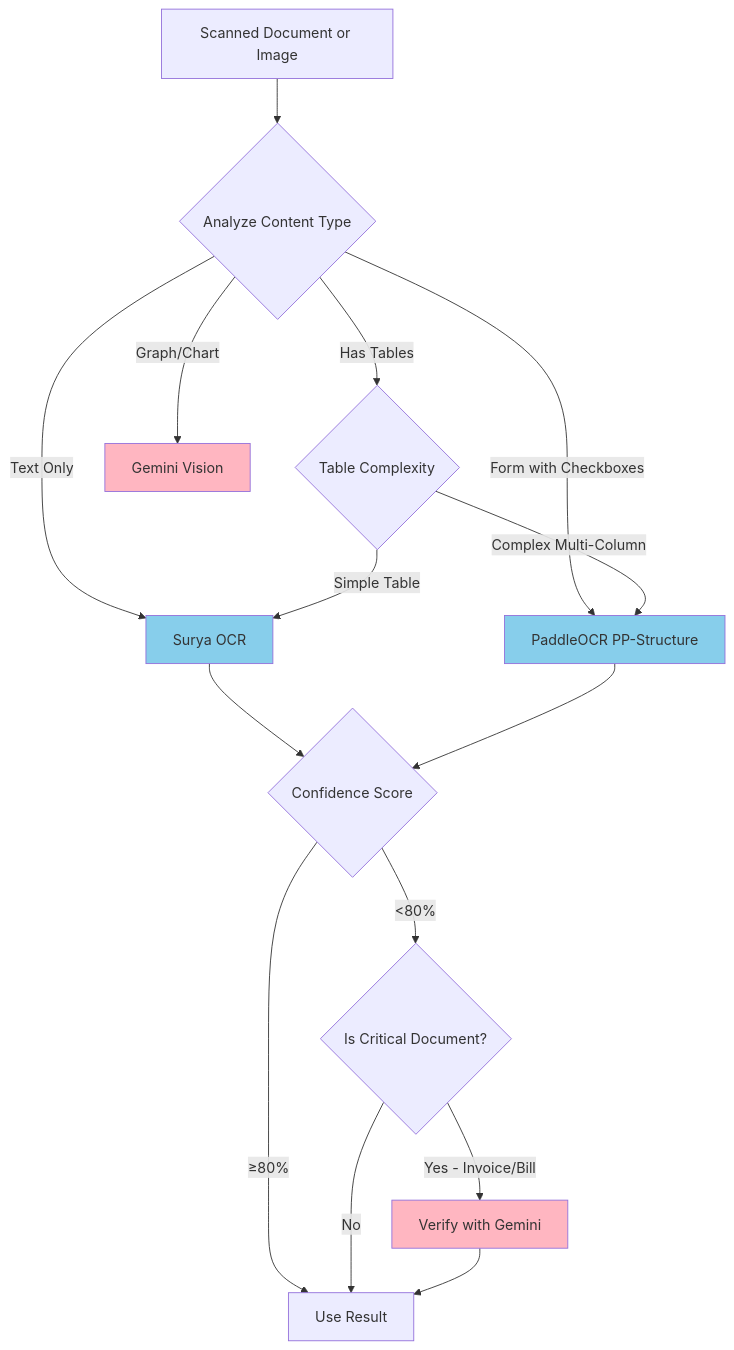
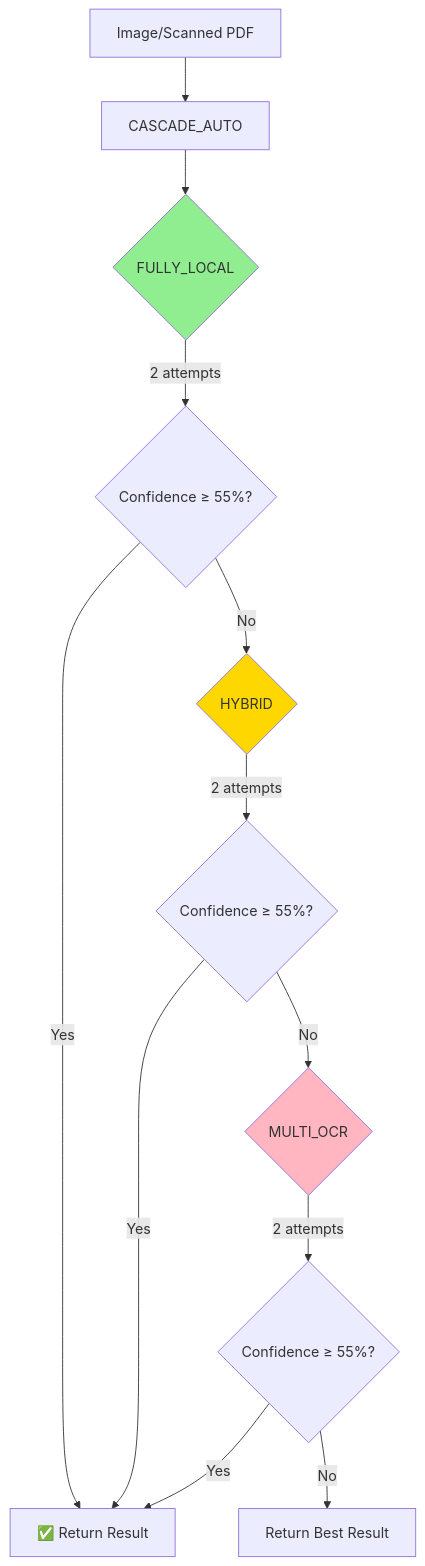
The second of 22 diagrams in upload_ocr.md (manumishra-zm/execution_plan), drawn with Mermaid before and after one commit. The commit also changed other lines of this file, not shown here.

````diff
--- a/upload_ocr.md
+++ b/upload_ocr.md
@@ -211,28 +152,22 @@
 ```mermaid
 flowchart TD
-    A[Scanned Document or Image] --> B{Analyze Content Type}
+    A[Image/Scanned PDF] --> B[CASCADE_AUTO]
 
-    B -->|Has Tables| C{Table Complexity}
-    B -->|Text Only| D[Surya OCR]
-    B -->|Graph/Chart| E[Gemini Vision]
-    B -->|Form with Checkboxes| F[PaddleOCR]
+    B --> C{FULLY_LOCAL}
+    C -->|2 attempts| D{Confidence ≥ 55%?}
 
-    C -->|Simple Table| D
-    C -->|Complex Multi-Column| F[PaddleOCR PP-Structure]
+    D -->|Yes| E[✅ Return Result]
+    D -->|No| F{HYBRID}
 
-    D --> G{Confidence Score}
-    F --> G
+    F -->|2 attempts| G{Confidence ≥ 55%?}
+    G -->|Yes| E
+    G -->|No| H{MULTI_OCR}
 
-    G -->|≥80%| H[Use Result]
-    G -->|<80%| I{Is Critical Document?}
+    H -->|2 attempts| I{Confidence ≥ 55%?}
+    I -->|Yes| E
+    I -->|No| J[Return Best Result]
 
-    I -->|Yes - Invoice/Bill| J[Verify with Gemini]
-    I -->|No| H
-
-    J --> H
-
-    style D fill:#87CEEB
-    style F fill:#87CEEB
-    style E fill:#FFB6C1
-    style J fill:#FFB6C1
+    style C fill:#90EE90
+    style F fill:#FFD700
+    style H fill:#FFB6C1
 ```
````
